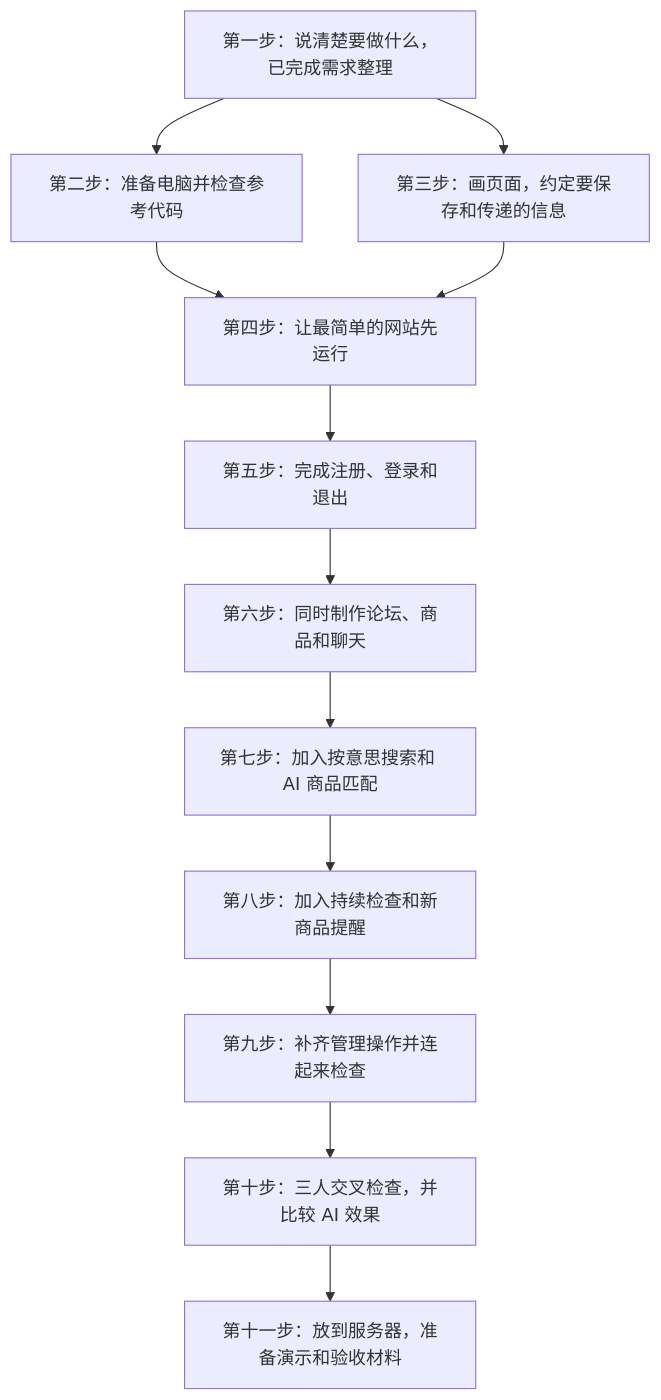
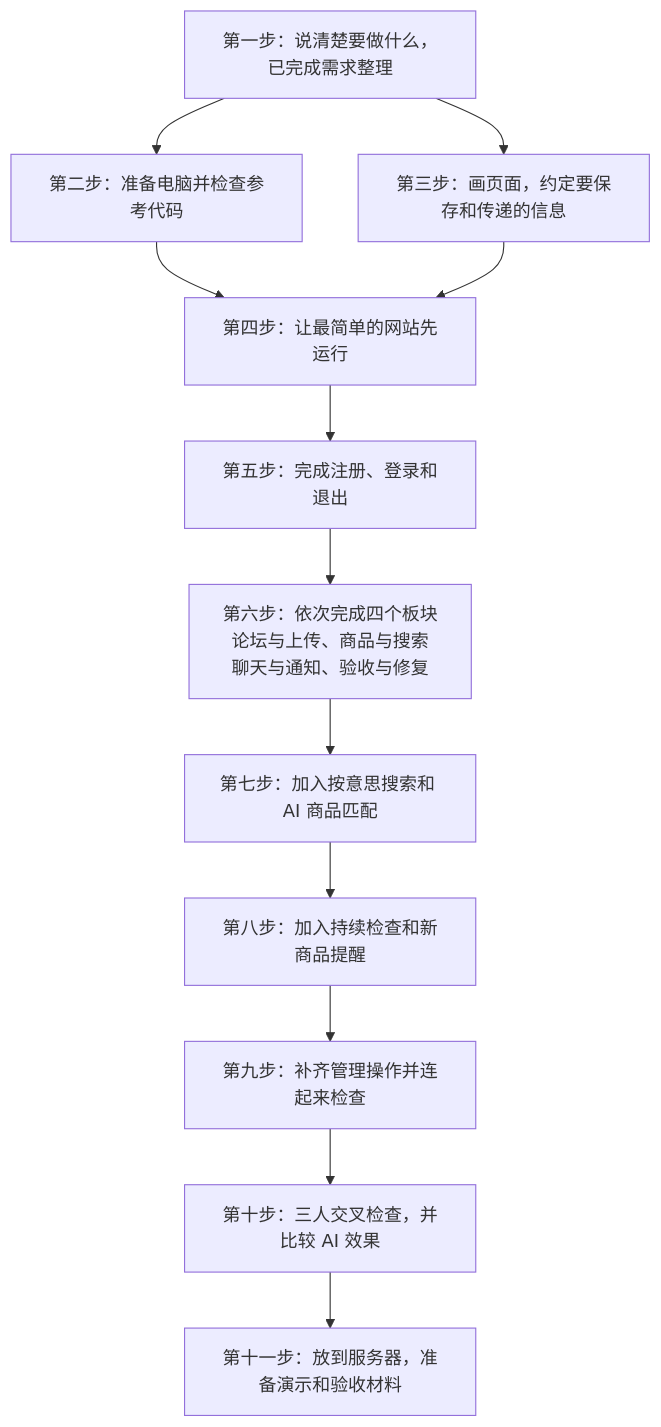
The second of 2 diagrams in 邮智汇_程设项目计划书.md (Feli-res/byr_program), drawn with Mermaid before and after one commit. The commit also changed other lines of this file and 48 other files, not shown here.

````diff
--- a/邮智汇_程设项目计划书.md
+++ b/邮智汇_程设项目计划书.md
@@ -140,14 +140,14 @@
 ```mermaid
 flowchart TD
     P1["第一步：说清楚要做什么，已完成需求整理"] --> P2["第二步：准备电脑并检查参考代码"]
     P1 --> P3["第三步：画页面，约定要保存和传递的信息"]
     P2 --> P4["第四步：让最简单的网站先运行"]
     P3 --> P4
     P4 --> P5["第五步：完成注册、登录和退出"]
-    P5 --> P6["第六步：同时制作论坛、商品和聊天"]
+    P5 --> P6["第六步：依次完成四个板块<br/>论坛与上传、商品与搜索<br/>聊天与通知、验收与修复"]
     P6 --> P7["第七步：加入按意思搜索和 AI 商品匹配"]
     P7 --> P8["第八步：加入持续检查和新商品提醒"]
     P8 --> P9["第九步：补齐管理操作并连起来检查"]
     P9 --> P10["第十步：三人交叉检查，并比较 AI 效果"]
     P10 --> P11["第十一步：放到服务器，准备演示和验收材料"]
 ```
````
